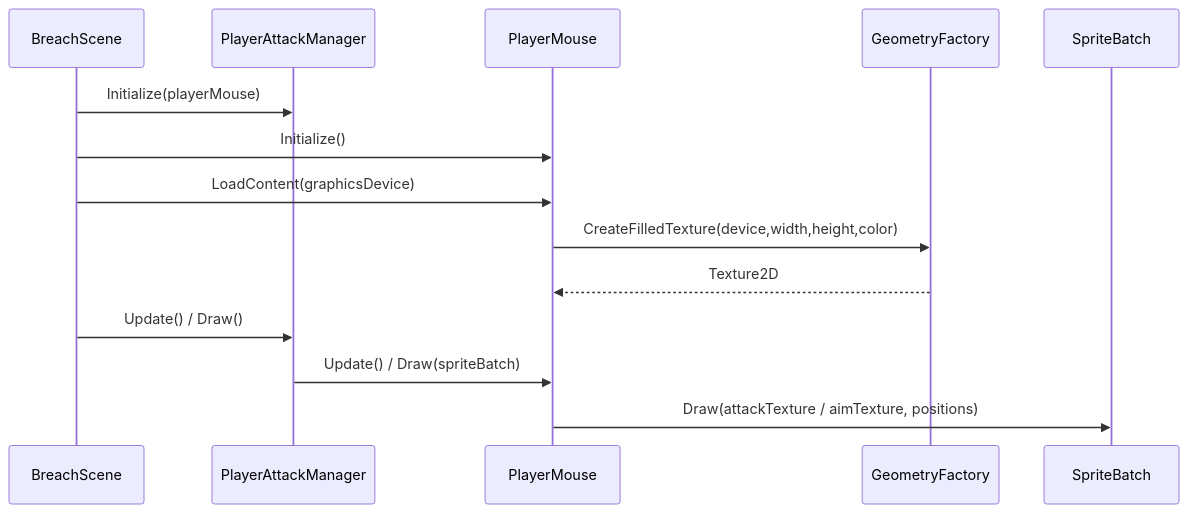
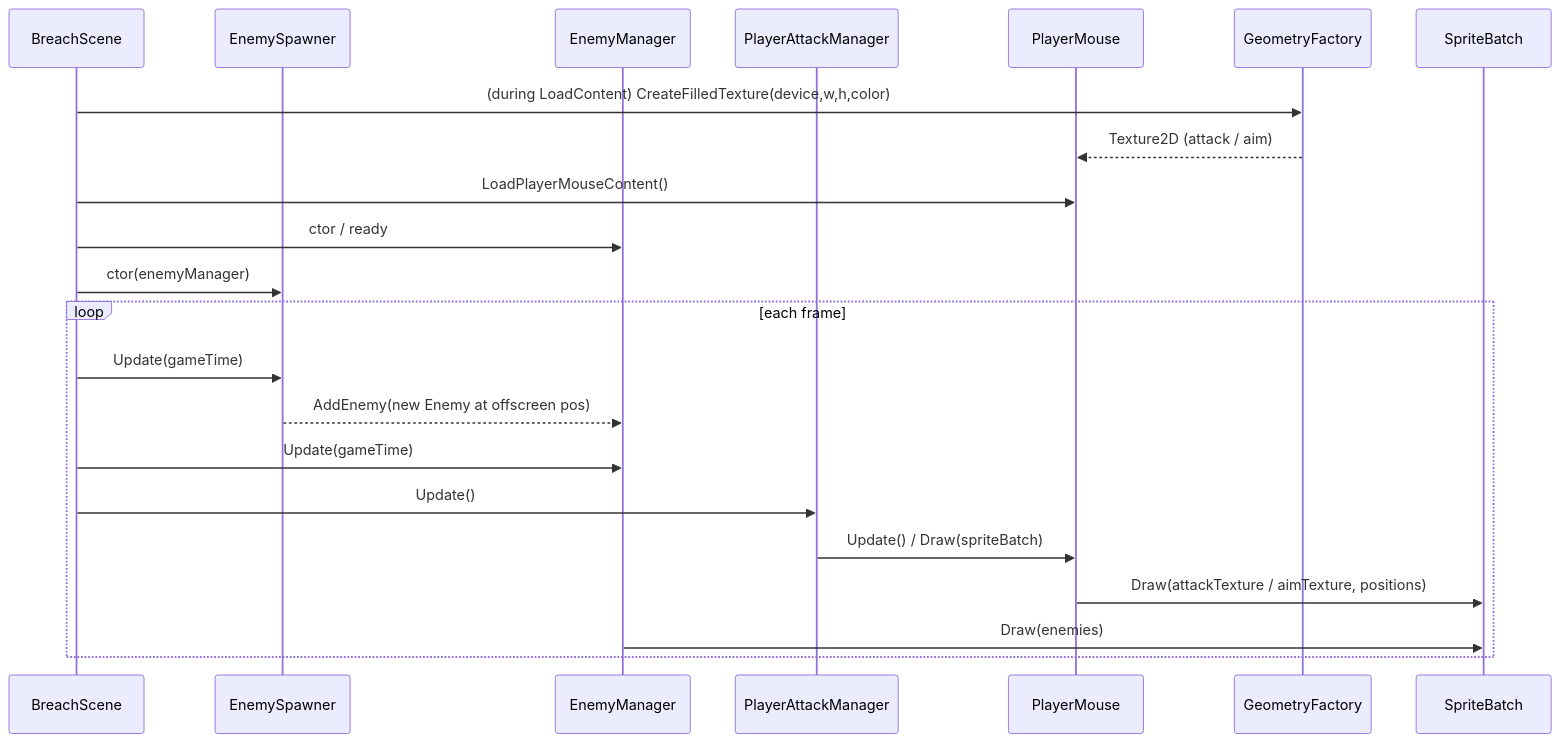
One commit to maherhms/Virusbuster changed the diagram in README.md. Above: the diagram before and after it, drawn with Mermaid. The commit also changed 2 other files, not shown here.

Commit message:
Implement Enemy basic movement towards center

````diff
--- a/README.md
+++ b/README.md
@@ -12,18 +12,28 @@
 ```mermaid
 sequenceDiagram
     participant BreachScene
+    participant EnemySpawner
+    participant EnemyManager
     participant PlayerAttackManager
     participant PlayerMouse
     participant GeometryFactory
     participant SpriteBatch
 
-    BreachScene->>PlayerAttackManager: Initialize(playerMouse)
-    BreachScene->>PlayerMouse: Initialize()
-    BreachScene->>PlayerMouse: LoadContent(graphicsDevice)
-    PlayerMouse->>GeometryFactory: CreateFilledTexture(device,width,height,color)
-    GeometryFactory-->>PlayerMouse: Texture2D
-    BreachScene->>PlayerAttackManager: Update() / Draw()
-    PlayerAttackManager->>PlayerMouse: Update() / Draw(spriteBatch)
-    PlayerMouse->>SpriteBatch: Draw(attackTexture / aimTexture, positions)
+    BreachScene->>GeometryFactory: (during LoadContent) CreateFilledTexture(device,w,h,color)
+    GeometryFactory-->>PlayerMouse: Texture2D (attack / aim)
+    BreachScene->>PlayerMouse: LoadPlayerMouseContent()
+    BreachScene->>EnemyManager: ctor / ready
+    BreachScene->>EnemySpawner: ctor(enemyManager)
+
+    loop each frame
+      BreachScene->>EnemySpawner: Update(gameTime)
+      EnemySpawner-->>EnemyManager: AddEnemy(new Enemy at offscreen pos)
+      BreachScene->>EnemyManager: Update(gameTime)
+      BreachScene->>PlayerAttackManager: Update()
+      PlayerAttackManager->>PlayerMouse: Update() / Draw(spriteBatch)
+      PlayerMouse->>SpriteBatch: Draw(attackTexture / aimTexture, positions)
+      EnemyManager->>SpriteBatch: Draw(enemies)
+    end
+
 
 ```
````
